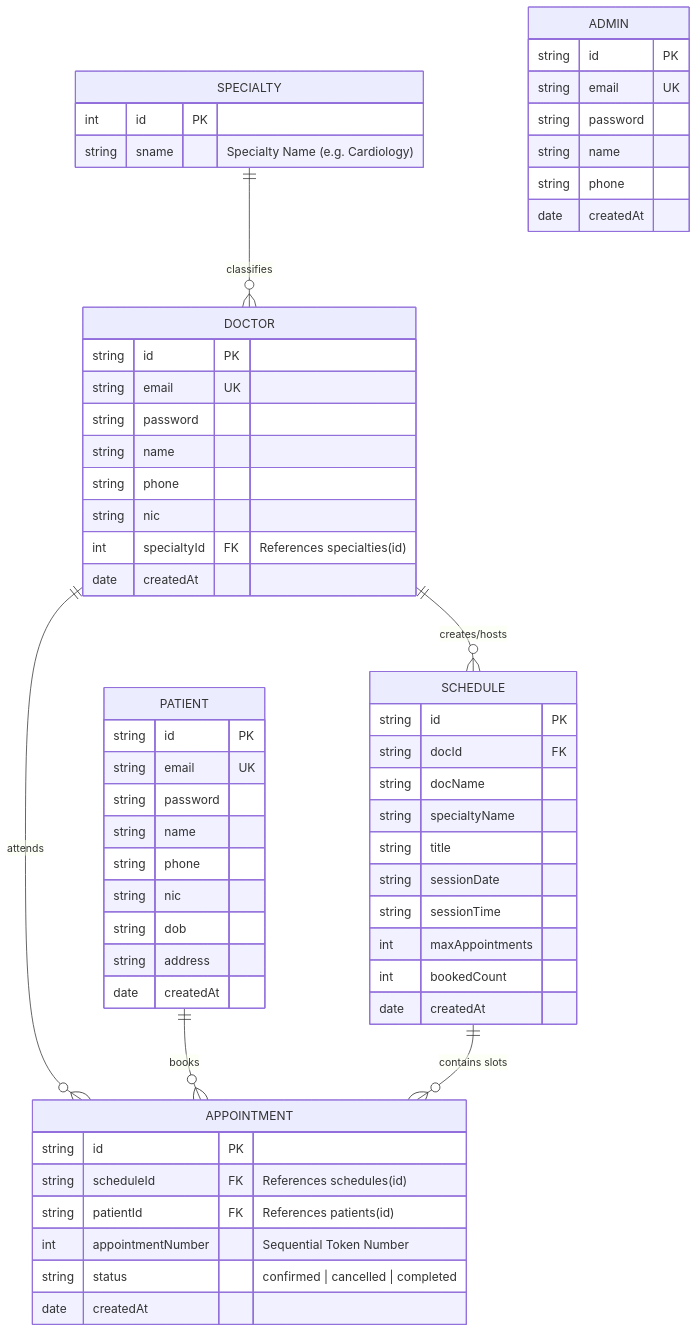
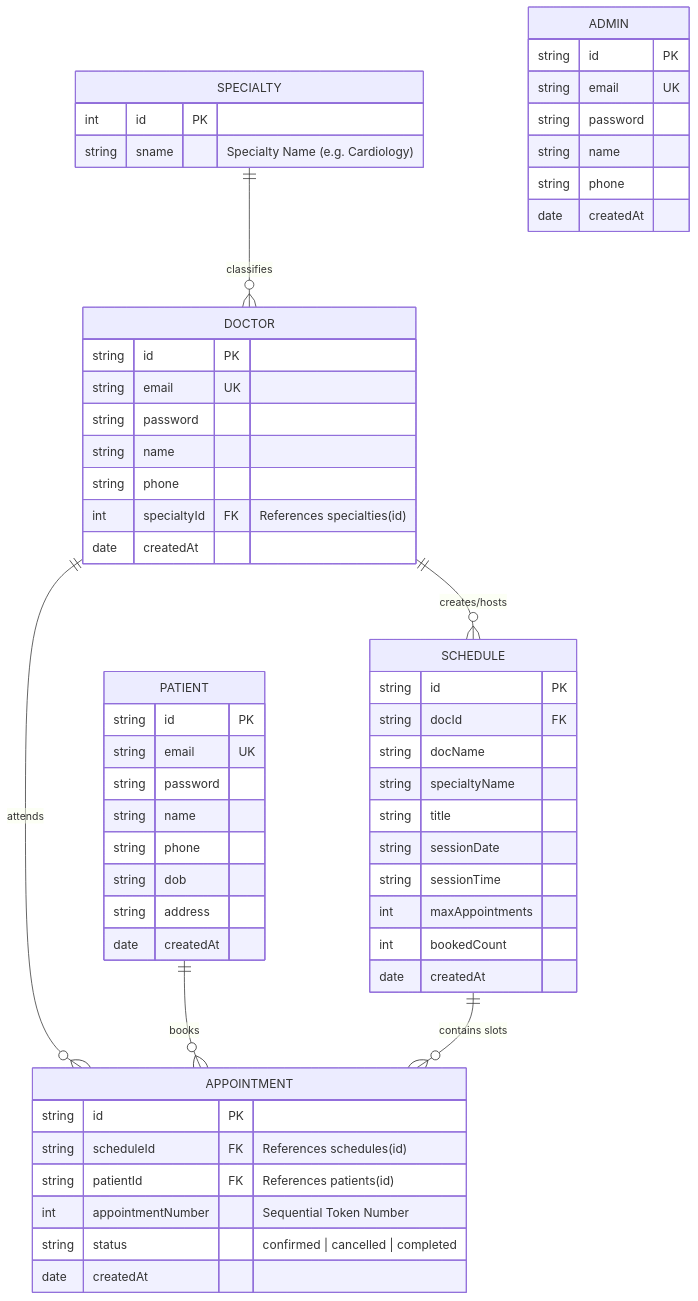
One commit to shsi1309-gif/MedFlow-Doctor_appointment_system changed the third of 3 diagrams in PROJECT_ANALYSIS_SYSTEM_DESIGN_AND_INTERVIEW_PREP.md. Above: the diagram before and after it, drawn with Mermaid. The commit also changed 5 other files, not shown here.

Commit message:
refactor: drop nic column from doctors and patients tables across schema, db adapter, and routes

````diff
--- a/PROJECT_ANALYSIS_SYSTEM_DESIGN_AND_INTERVIEW_PREP.md
+++ b/PROJECT_ANALYSIS_SYSTEM_DESIGN_AND_INTERVIEW_PREP.md
@@ -238,67 +238,65 @@
 ```mermaid
 erDiagram
     SPECIALTY ||--o{ DOCTOR : "classifies"
     DOCTOR ||--o{ SCHEDULE : "creates/hosts"
     DOCTOR ||--o{ APPOINTMENT : "attends"
     PATIENT ||--o{ APPOINTMENT : "books"
     SCHEDULE ||--o{ APPOINTMENT : "contains slots"
 
     SPECIALTY {
         int id PK
         string sname "Specialty Name (e.g. Cardiology)"
     }
 
     ADMIN {
         string id PK
         string email UK
         string password
         string name
         string phone
         date createdAt
     }
 
     DOCTOR {
         string id PK
         string email UK
         string password
         string name
         string phone
-        string nic
         int specialtyId FK "References specialties(id)"
         date createdAt
     }
 
     PATIENT {
         string id PK
         string email UK
         string password
         string name
         string phone
-        string nic
         string dob
         string address
         date createdAt
     }
 
     SCHEDULE {
         string id PK
         string docId FK
         string docName
         string specialtyName
         string title
         string sessionDate
         string sessionTime
         int maxAppointments
         int bookedCount
         date createdAt
     }
 
     APPOINTMENT {
         string id PK
         string scheduleId FK "References schedules(id)"
         string patientId FK "References patients(id)"
         int appointmentNumber "Sequential Token Number"
         string status "confirmed | cancelled | completed"
         date createdAt
     }
 ```
````
